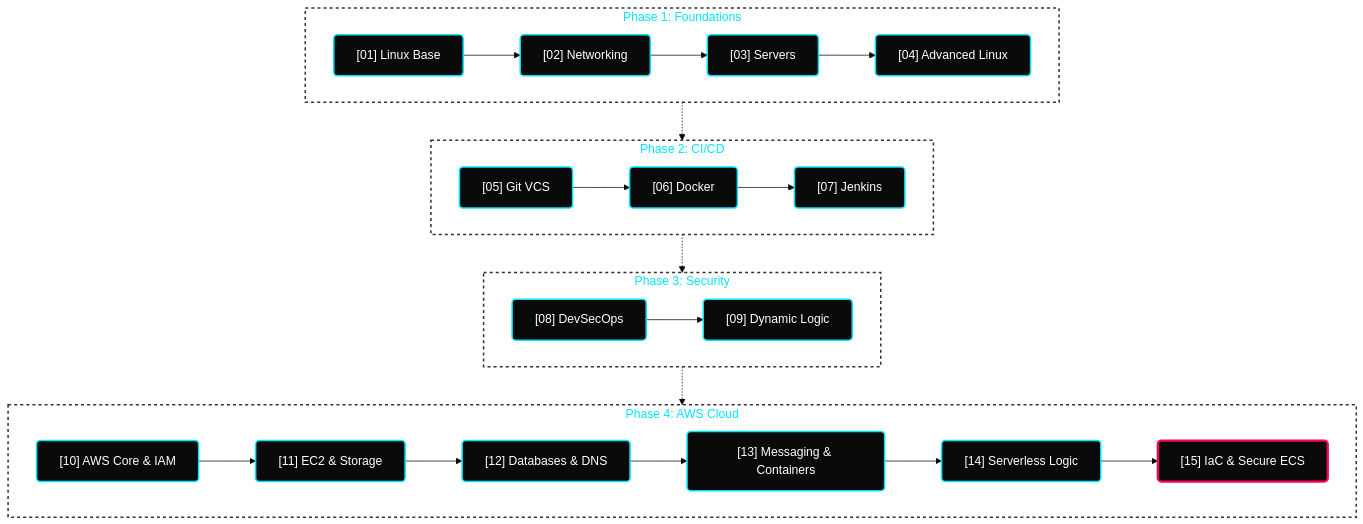
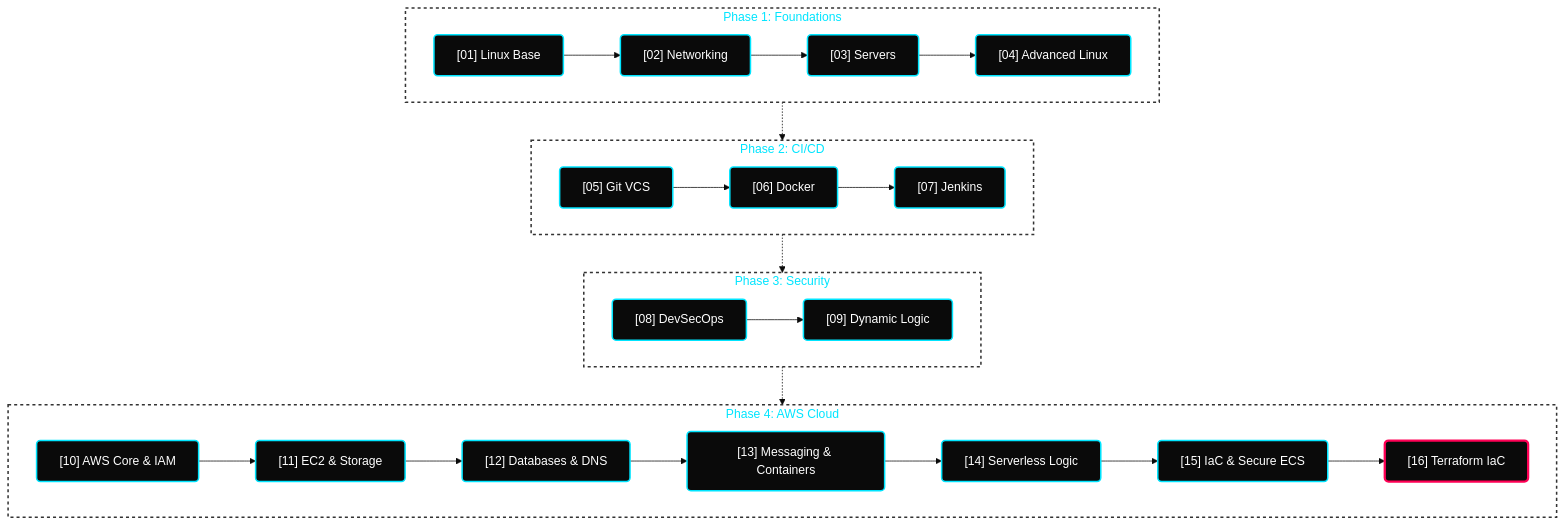
Before and after one commit to hridyen/DevOps-Survival-Roadmap: the diagram in README.md, drawn with Mermaid (base theme). The commit also changed other lines of this file and 18 other files, not shown here.

````diff
--- a/README.md
+++ b/README.md
@@ -98,28 +100,28 @@
 ```mermaid
 flowchart TD
     classDef default fill:#0A0A0A,stroke:#00E5FF,stroke-width:2px,color:#FFFFFF,rx:5px,ry:5px;
     classDef active fill:#0A0A0A,stroke:#FF0055,stroke-width:3px,color:#FFFFFF,rx:5px,ry:5px;
     classDef phase fill:transparent,stroke:#333333,stroke-width:2px,stroke-dasharray: 4 4,color:#00E5FF;
 
     subgraph P1 [Phase 1: Foundations]
         A["[01] Linux Base"] --> B["[02] Networking"] --> C["[03] Servers"] --> D["[04] Advanced Linux"]
     end
 
     subgraph P2 [Phase 2: CI/CD]
         E["[05] Git VCS"] --> F["[06] Docker"] --> G["[07] Jenkins"]
     end
 
     subgraph P3 [Phase 3: Security]
         H["[08] DevSecOps"] --> I["[09] Dynamic Logic"]
     end
 
     subgraph P4 [Phase 4: AWS Cloud]
-        J["[10] AWS Core & IAM"] --> K["[11] EC2 & Storage"] --> L["[12] Databases & DNS"] --> M["[13] Messaging & Containers"] --> N["[14] Serverless Logic"] --> O["[15] IaC & Secure ECS"]:::active
+        J["[10] AWS Core & IAM"] --> K["[11] EC2 & Storage"] --> L["[12] Databases & DNS"] --> M["[13] Messaging & Containers"] --> N["[14] Serverless Logic"] --> O["[15] IaC & Secure ECS"] --> P["[16] Terraform IaC"]:::active
     end
 
     P1 -.-> P2
     P2 -.-> P3
     P3 -.-> P4
     
     class P1,P2,P3,P4 phase;
 ```
````
